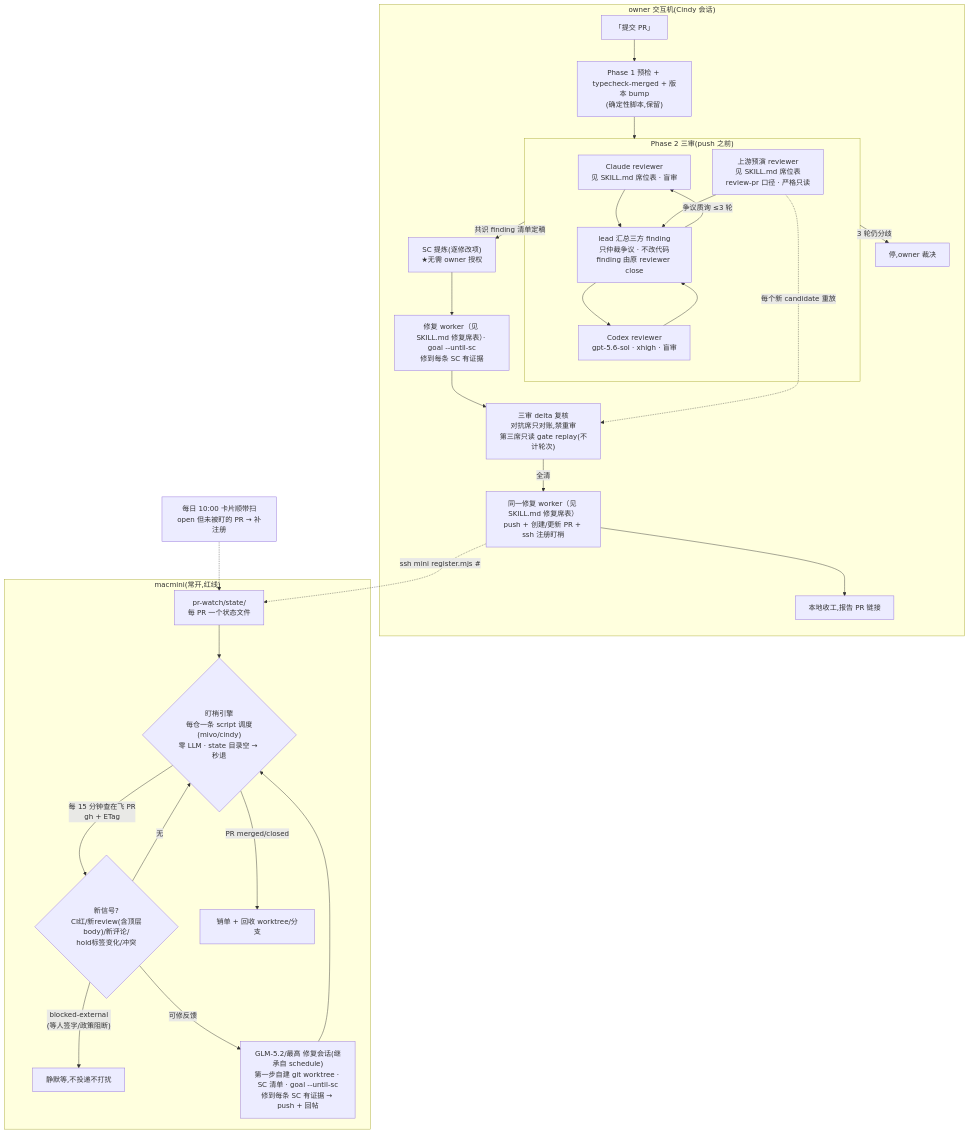
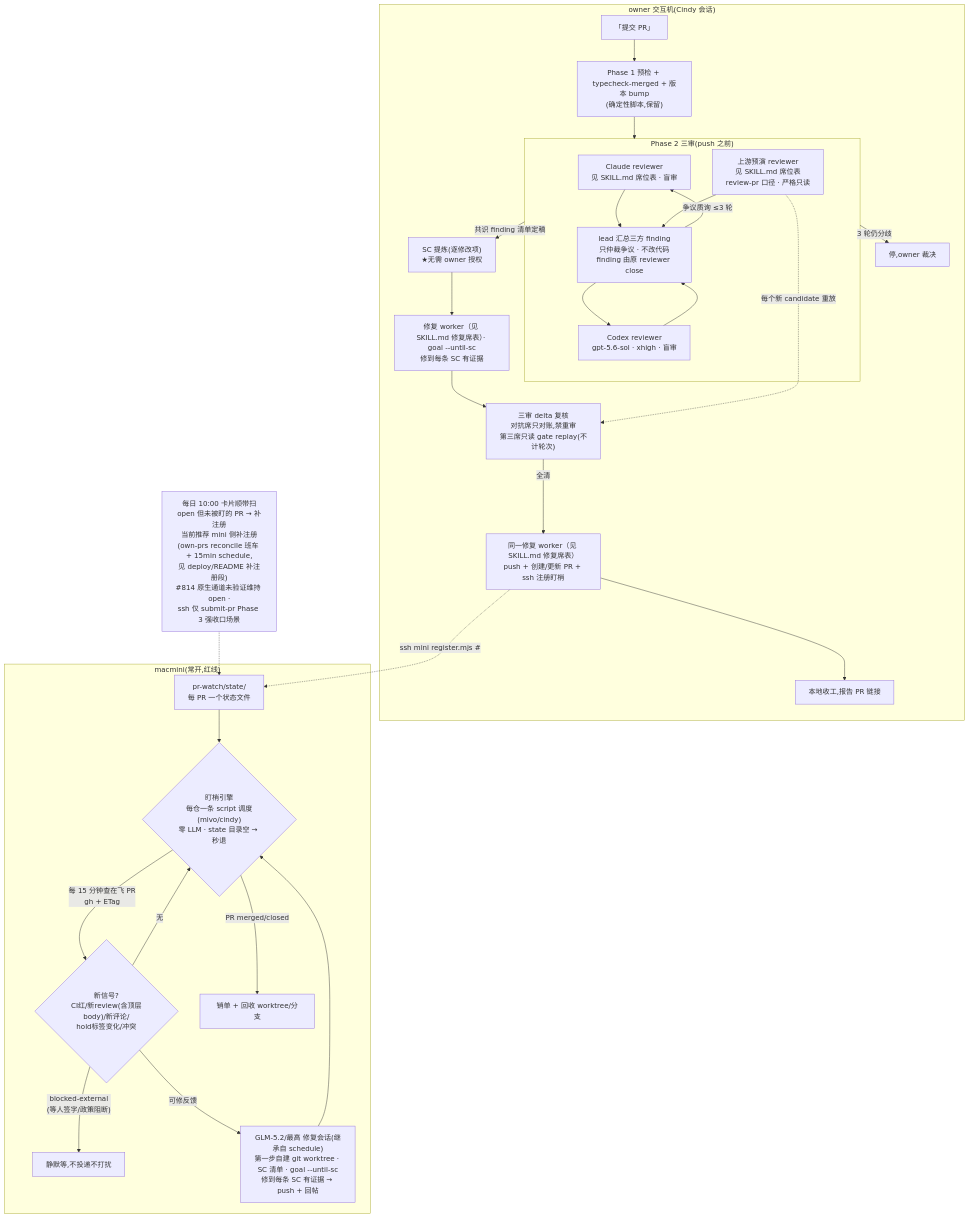
The diagram in docs/plan.md (PraiseZhu/pr-autopilot), drawn with Mermaid before and after one commit. The commit also changed other lines of this file and 1 other file, not shown here.

First line of the commit message:
docs: lane B——deploy README + plan.md（自 integrate/kiro-feedback-final@817f6ee 拆分）

````diff
--- a/docs/plan.md
+++ b/docs/plan.md
@@ -52,43 +52,43 @@
 ```mermaid
 flowchart TD
     subgraph LOCAL["owner 交互机(Cindy 会话)"]
         T["「提交 PR」"] --> P1["Phase 1 预检 + typecheck-merged + 版本 bump<br/>(确定性脚本,保留)"]
         P1 --> DR
 
         subgraph DR["Phase 2 三审(push 之前)"]
             W1["Claude reviewer<br/>见 SKILL.md 席位表 · 盲审"] 
             W2["Codex reviewer<br/>gpt-5.6-sol · xhigh · 盲审"]
             W3["上游预演 reviewer<br/>见 SKILL.md 席位表<br/>review-pr 口径 · 严格只读"]
             LEAD["lead 汇总三方 finding<br/>只仲裁争议 · 不改代码<br/>finding 由原 reviewer close"]
             W1 --> LEAD
             W2 --> LEAD
             W3 --> LEAD
             LEAD -->|"争议质询 ≤3 轮"| W1
             LEAD --> W2
         end
 
         DR -->|"共识 finding 清单定稿"| SCX["SC 提炼(逐修改项)<br/>★无需 owner 授权"]
         SCX --> FIXW["修复 worker（见 SKILL.md 修复席表）· goal --until-sc<br/>修到每条 SC 有证据"]
         FIXW --> DELTA["三审 delta 复核<br/>对抗席只对账,禁重审<br/>第三席只读 gate replay(不计轮次)"]
         W3 -.->|"每个新 candidate 重放"| DELTA
         DELTA -->|"全清"| PUSHW["同一修复 worker（见 SKILL.md 修复席表）<br/>push + 创建/更新 PR + ssh 注册盯梢"]
         DR -->|"3 轮仍分歧"| HALT["停,owner 裁决"]
         PUSHW --> DONE["本地收工,报告 PR 链接"]
     end
 
     PUSHW -.->|"ssh mini register.mjs <repo>#<N>"| WL
 
     subgraph MINI["macmini(常开,红线)"]
         WL["pr-watch/state/<br/>每 PR 一个状态文件"] --> ENG
         ENG{"盯梢引擎<br/>每仓一条 script 调度(mivo/cindy)<br/>零 LLM · state 目录空 → 秒退"}
         ENG -->|"每 15 分钟查在飞 PR<br/>gh + ETag"| SIG
         SIG{"新信号?<br/>CI红/新review(含顶层body)/新评论/<br/>hold标签变化/冲突"}
         SIG -->|"无"| ENG
         SIG -->|"blocked-external<br/>(等人签字/政策阻断)"| WAIT["静默等,不投递不打扰"]
         SIG -->|"可修反馈"| FIX["GLM-5.2/最高 修复会话(继承自 schedule)<br/>第一步自建 git worktree · SC 清单 · goal --until-sc<br/>修到每条 SC 有证据 → push + 回帖"]
         FIX --> ENG
         ENG -->|"PR merged/closed"| CLEAN["销单 + 回收 worktree/分支"]
     end
 
-    DIGEST["每日 10:00 卡片顺带扫<br/>open 但未被盯的 PR → 补注册"] -.-> WL
+    DIGEST["每日 10:00 卡片顺带扫<br/>open 但未被盯的 PR → 补注册<br/>当前推荐 mini 侧补注册<br/>(own-prs reconcile 班车 + 15min schedule,<br/>见 deploy/README 补注册段)<br/>#814 原生通道未验证维持 open ·<br/>ssh 仅 submit-pr Phase 3 强收口场景"] -.-> WL
 ```
````
